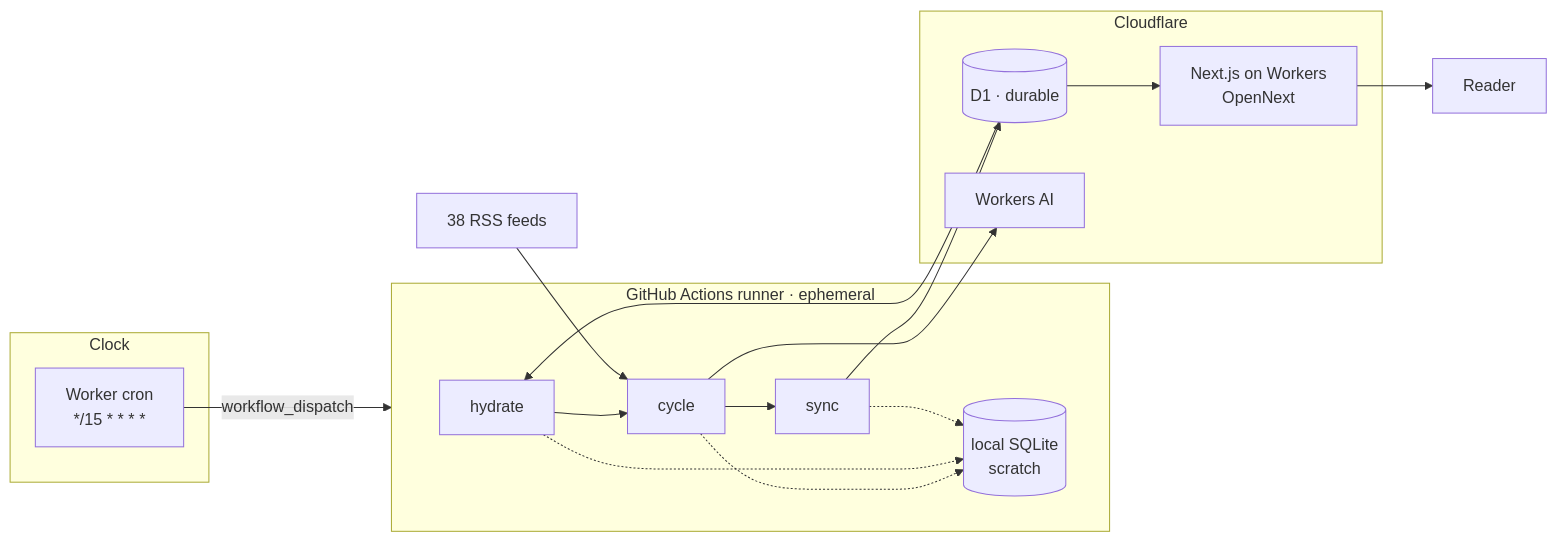
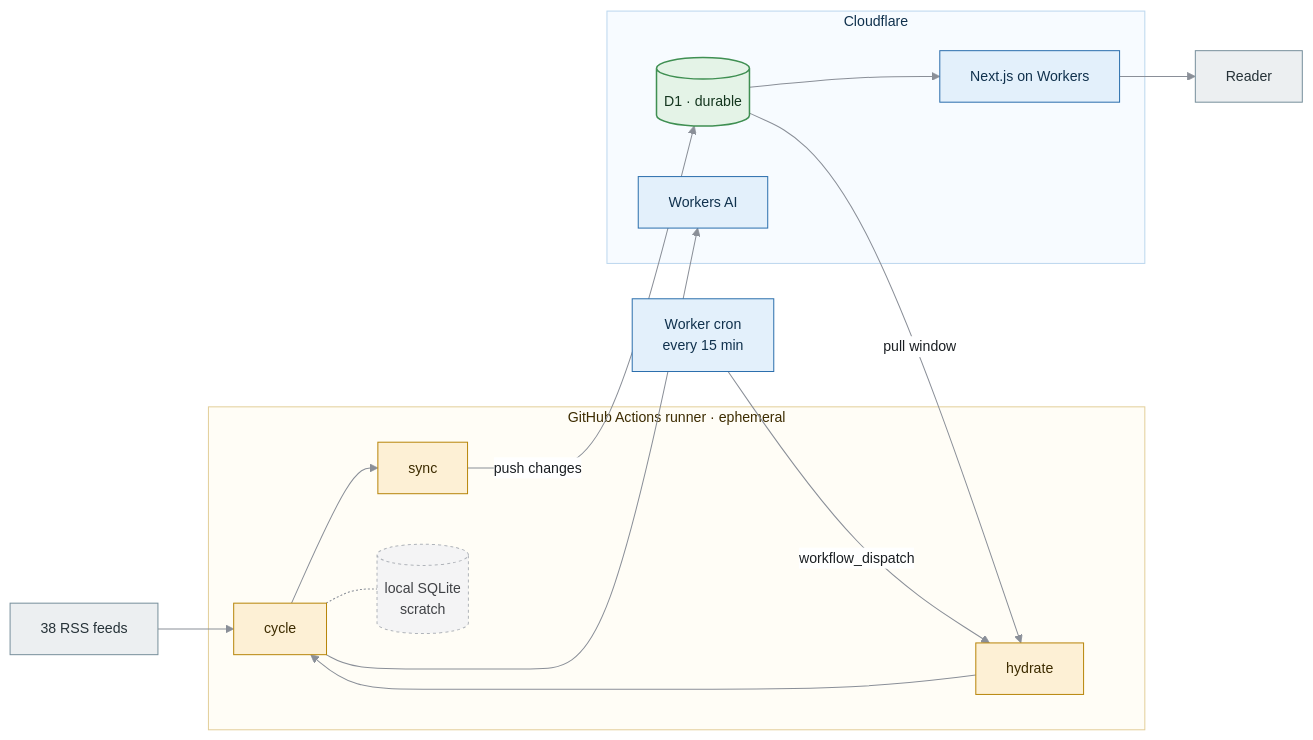
One commit to nvkudva/Smart-News changed the first of 5 diagrams in ARCHITECTURE.md. Above: the diagram before and after it, drawn with Mermaid. The commit also changed other lines of this file, not shown here.

First line of the commit message:
Give the diagrams a palette that survives both GitHub themes

````diff
--- a/ARCHITECTURE.md
+++ b/ARCHITECTURE.md
@@ -7,24 +7,35 @@
 ```mermaid
-graph LR
-  subgraph clock[Clock]
-    W[Worker cron<br/>*/15 * * * *]
+%%{init: {'theme':'base','themeVariables':{'fontFamily':'ui-sans-serif, system-ui, sans-serif','fontSize':'14px','lineColor':'#8a8f98','primaryTextColor':'#1b1f23','edgeLabelBackground':'#ffffff'}}}%%
+flowchart LR
+  RSS[38 RSS feeds]:::ext
+  W[Worker cron<br/>every 15 min]:::cloud
+
+  subgraph CI[GitHub Actions runner · ephemeral]
+    H[hydrate] --> C[cycle] --> S[sync]
+    L[(local SQLite<br/>scratch)]:::scratch
+    C -.- L
   end
-  subgraph ci[GitHub Actions runner · ephemeral]
-    H[hydrate] --> C[cycle] --> S[sync]
-    C -.-> L[(local SQLite<br/>scratch)]
-    H -.-> L
-    S -.-> L
+
+  subgraph CF[Cloudflare]
+    D[(D1 · durable)]:::store
+    AI[Workers AI]:::cloud
+    A[Next.js on Workers]:::cloud
   end
-  subgraph cf[Cloudflare]
-    D[(D1 · durable)]
-    A[Next.js on Workers<br/>OpenNext]
-    AI[Workers AI]
-  end
-  RSS[38 RSS feeds] --> C
-  W -->|workflow_dispatch| ci
-  D --> H
-  S --> D
+
+  W -->|workflow_dispatch| H
+  RSS --> C
+  C --> AI
+  D -->|pull window| H
+  S -->|push changes| D
   D --> A
-  C --> AI
-  A --> U[Reader]
+  A --> U[Reader]:::ext
+
+  class H,C,S runner
+  classDef ext fill:#eceff1,stroke:#78909c,color:#263238
+  classDef runner fill:#fdf0d5,stroke:#b8860b,color:#3d2c00
+  classDef cloud fill:#e3f0fb,stroke:#2c6fad,color:#10314d
+  classDef store fill:#e4f3e7,stroke:#3f8f52,stroke-width:1.5px,color:#14361f
+  classDef scratch fill:#f4f4f5,stroke:#b0b4ba,color:#3f4145,stroke-dasharray:3 3
+  style CI fill:#fffdf6,stroke:#e3cf9a,color:#3d2c00
+  style CF fill:#f7fbff,stroke:#bcd7ee,color:#10314d
 ```
````
